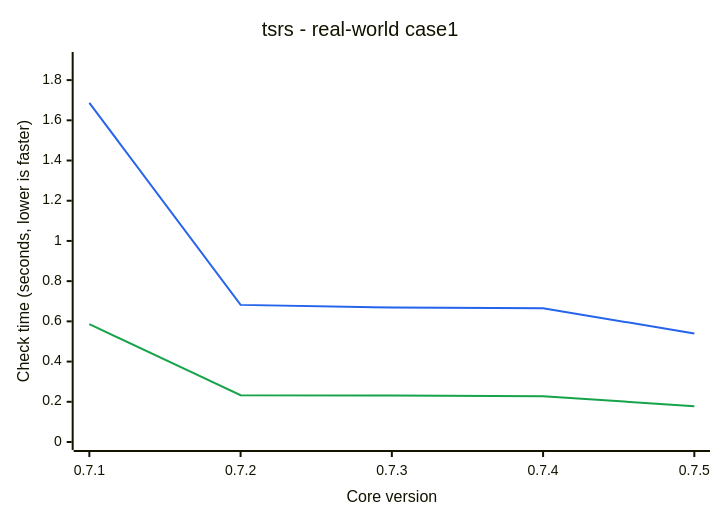
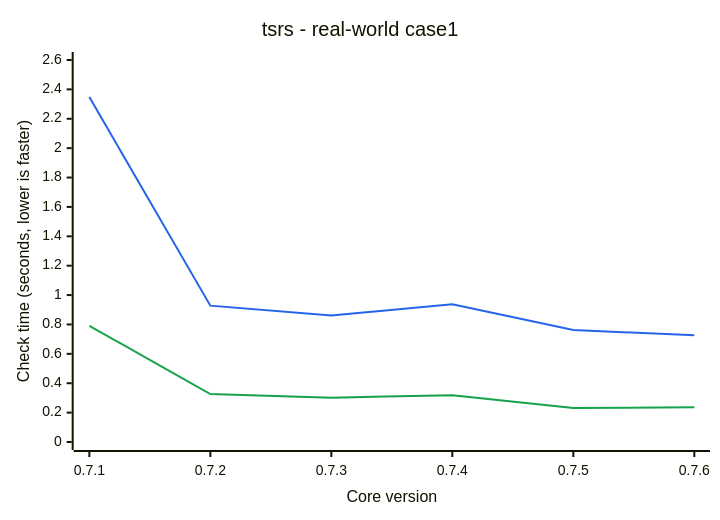
Before and after one commit to ismailkarsli/TypeSQL: the diagram in README.md, drawn with Mermaid. The commit also changed other lines of this file and 30 other files, not shown here.

````diff
--- a/README.md
+++ b/README.md
@@ -145,14 +145,14 @@
 ```mermaid
 ---
 config:
   themeVariables:
     xyChart:
       plotColorPalette: "#2563eb,#16a34a"
 ---
 xychart-beta
     title "tsrs - real-world case1"
-    x-axis "Core version" ["0.7.1", "0.7.2", "0.7.3", "0.7.4", "0.7.5"]
-    y-axis "Check time (seconds, lower is faster)" 0 --> 1.9
-    line [1.687, 0.682, 0.669, 0.665, 0.54]
-    line [0.586, 0.233, 0.231, 0.228, 0.178]
+    x-axis "Core version" ["0.7.1", "0.7.2", "0.7.3", "0.7.4", "0.7.5", "0.7.6"]
+    y-axis "Check time (seconds, lower is faster)" 0 --> 2.6
+    line [2.348, 0.928, 0.861, 0.937, 0.762, 0.726]
+    line [0.791, 0.326, 0.302, 0.318, 0.231, 0.237]
 ```
````
